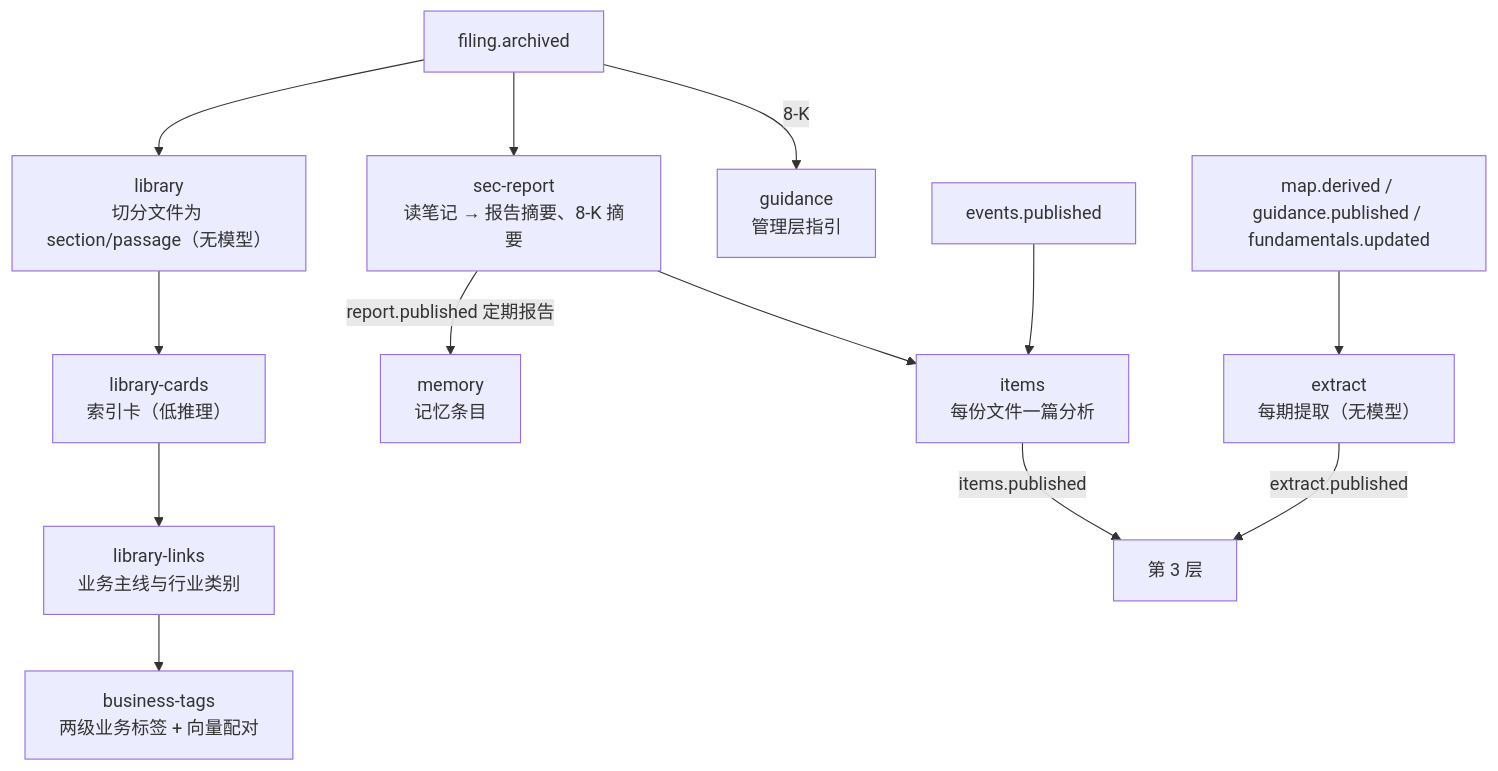
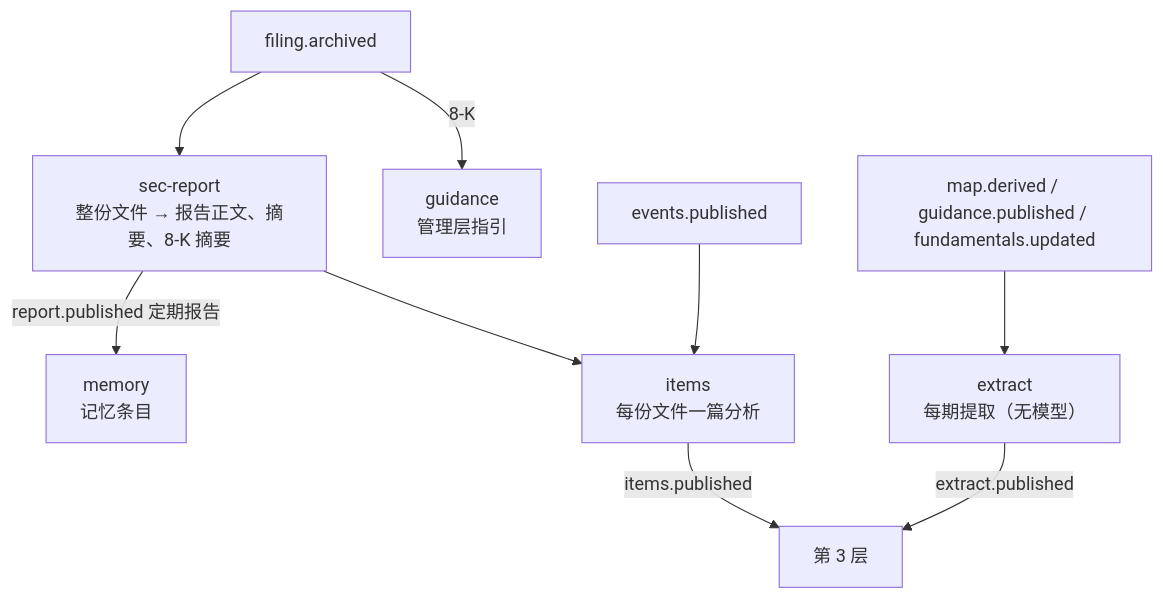
The third of 4 diagrams in docs/spontra-analysis-architecture.md (Paikchu/Spontra), drawn with Mermaid before and after one commit. The commit also changed other lines of this file and 1 other file, not shown here.

Commit message:
docs(analysis): layer 1 splits into 1.1 table extraction and 1.2 text library; sec-report and read note described where they live

````diff
--- a/docs/spontra-analysis-architecture.md
+++ b/docs/spontra-analysis-architecture.md
@@ -117,15 +145,11 @@
 ```mermaid
 flowchart TB
-  arch["filing.archived"] --> lib["library<br/>切分文件为 section/passage（无模型）"]
-  lib --> cards["library-cards<br/>索引卡（低推理）"]
-  cards --> links["library-links<br/>业务主线与行业类别"]
-  links --> tags["business-tags<br/>两级业务标签 + 向量配对"]
-  arch --> rep["sec-report<br/>读笔记 → 报告摘要、8-K 摘要"]
+  arch["filing.archived"] --> rep["sec-report<br/>整份文件 → 报告正文、摘要、8-K 摘要"]
   arch -->|8-K| guid["guidance<br/>管理层指引"]
   rep -->|report.published 定期报告| mem["memory<br/>记忆条目"]
   rep --> items["items<br/>每份文件一篇分析"]
   ev["events.published"] --> items
   m1["map.derived / guidance.published / fundamentals.updated"] --> ext["extract<br/>每期提取（无模型）"]
   ext -->|extract.published| up3["第 3 层"]
   items -->|items.published| up3
 ```
````
